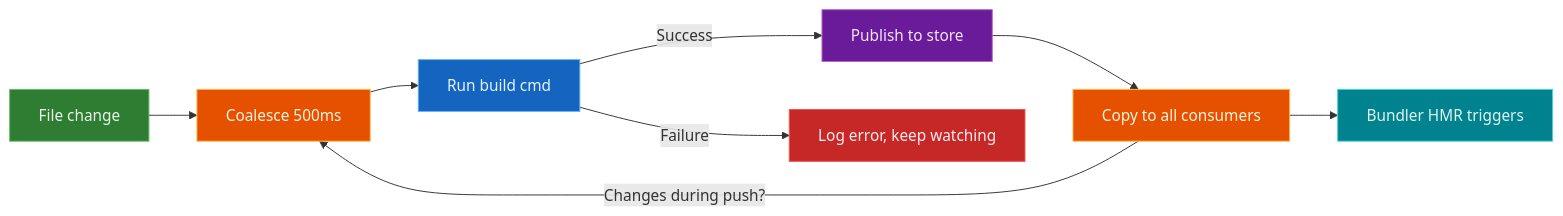
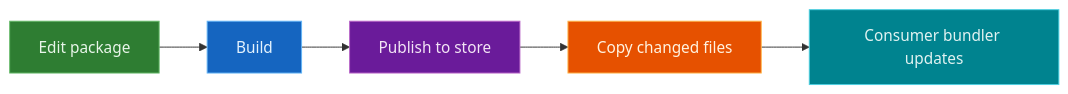
The diagram in docs/getting-started.md (oleg-kuibar/plunk), drawn with Mermaid before and after one commit. The commit also changed other lines of this file and 135 other files, not shown here.

````diff
--- a/docs/getting-started.md
+++ b/docs/getting-started.md
@@ -108,18 +52,13 @@
 ```mermaid
 graph LR
-    A[File change] --> B[Coalesce 500ms]
-    B --> C[Run build cmd]
-    C -->|Success| D[Publish to store]
-    C -->|Failure| E[Log error, keep watching]
-    D --> F[Copy to all consumers]
-    F --> G[Bundler HMR triggers]
-    F -->|Changes during push?| B
+    A[Edit package] --> B[Build]
+    B --> C[Publish to store]
+    C --> D[Copy changed files]
+    D --> E[Consumer bundler updates]
 
     style A fill:#2e7d32,stroke:#66bb6a,color:#e8f5e9
-    style B fill:#e65100,stroke:#ffb74d,color:#fff3e0
-    style C fill:#1565c0,stroke:#64b5f6,color:#e3f2fd
-    style D fill:#6a1b9a,stroke:#ba68c8,color:#f3e5f5
-    style E fill:#c62828,stroke:#ef5350,color:#ffebee
-    style F fill:#e65100,stroke:#ffb74d,color:#fff3e0
-    style G fill:#00838f,stroke:#4dd0e1,color:#e0f2f1
+    style B fill:#1565c0,stroke:#64b5f6,color:#e3f2fd
+    style C fill:#6a1b9a,stroke:#ba68c8,color:#f3e5f5
+    style D fill:#e65100,stroke:#ffb74d,color:#fff3e0
+    style E fill:#00838f,stroke:#4dd0e1,color:#e0f2f1
 ```
````
